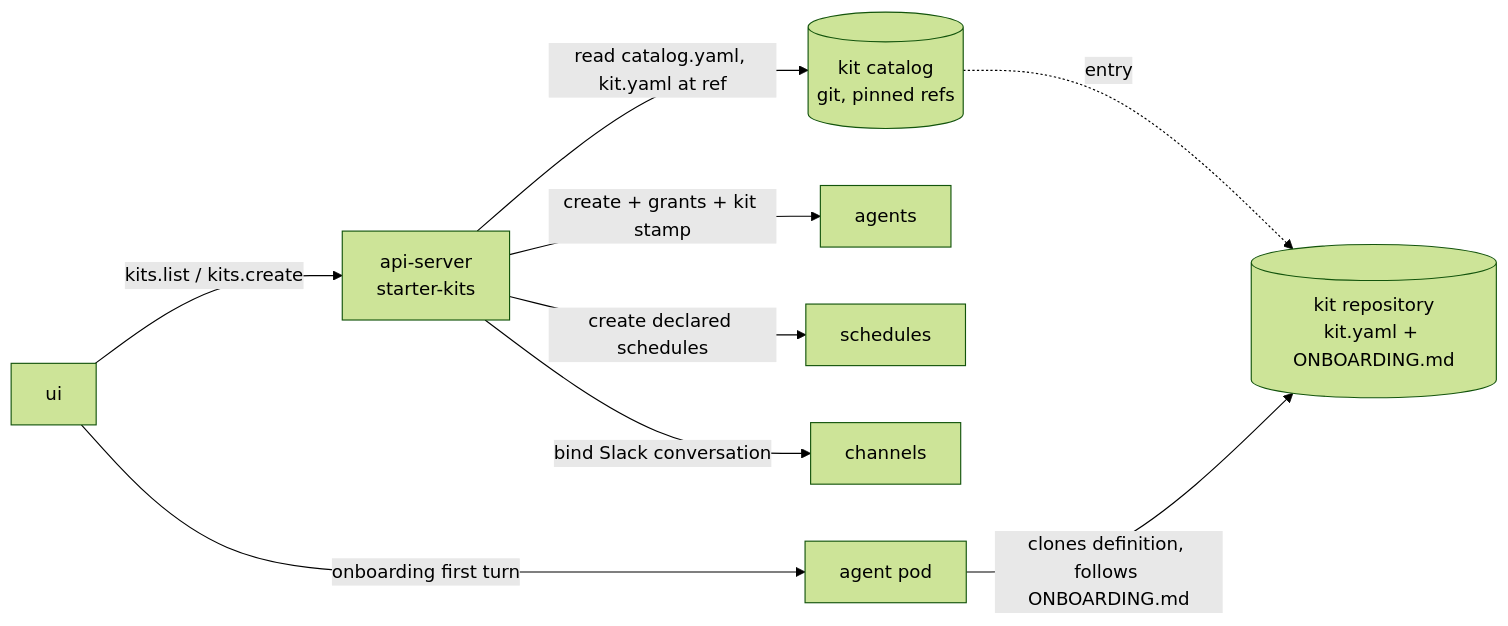
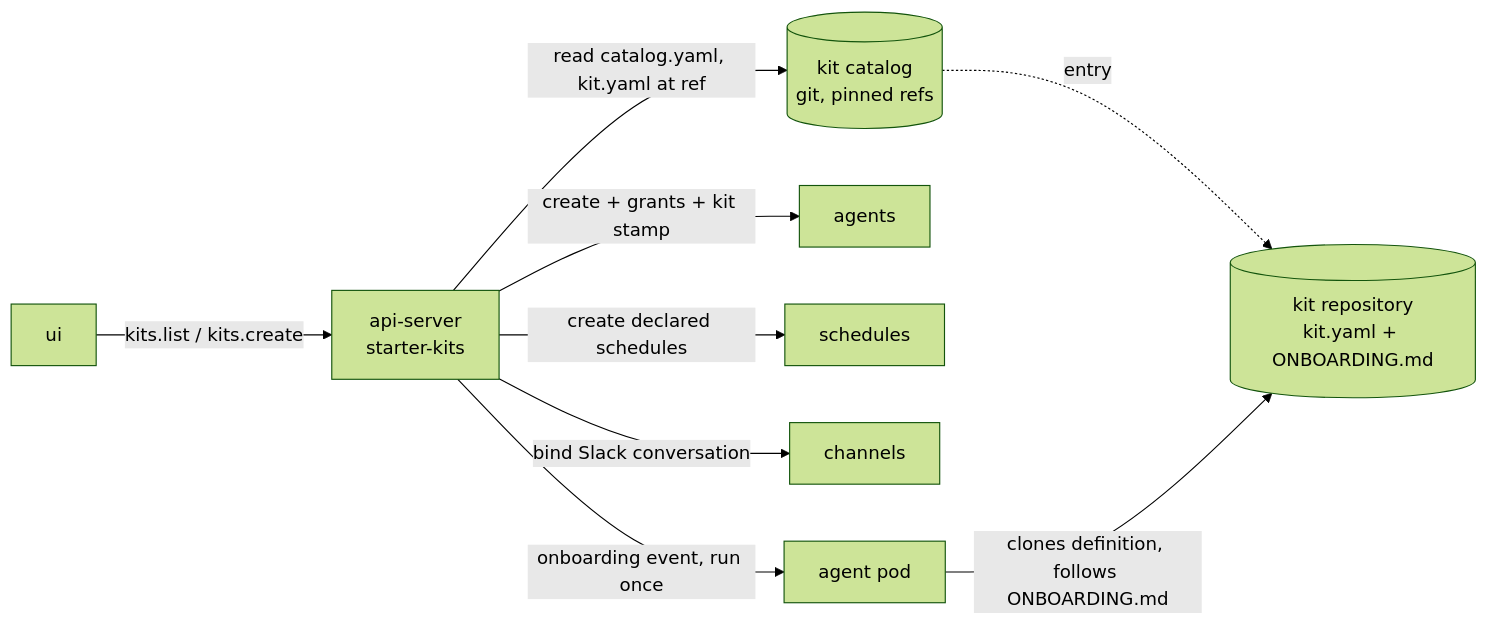
The diagram in docs/architecture/starter-kits.md (dam-agents/dam), drawn with Mermaid (forest theme) before and after one commit. The commit also changed other lines of this file and 22 other files, not shown here.

````diff
--- a/docs/architecture/starter-kits.md
+++ b/docs/architecture/starter-kits.md
@@ -13,20 +13,20 @@
 ```mermaid
 flowchart LR
   catalog[(kit catalog<br/>git, pinned refs)]
   kitrepo[(kit repository<br/>kit.yaml + ONBOARDING.md)]
   ui[ui]
   api[api-server<br/>starter-kits]
   agents[agents]
   schedules[schedules]
   channels[channels]
   pod[agent pod]
 
   api -->|read catalog.yaml, kit.yaml at ref| catalog
   catalog -.->|entry| kitrepo
   ui -->|kits.list / kits.create| api
   api -->|create + grants + kit stamp| agents
   api -->|create declared schedules| schedules
   api -->|bind Slack conversation| channels
-  ui -->|onboarding first turn| pod
+  api -->|onboarding event, run once| pod
   pod -->|clones definition, follows ONBOARDING.md| kitrepo
 ```
````
